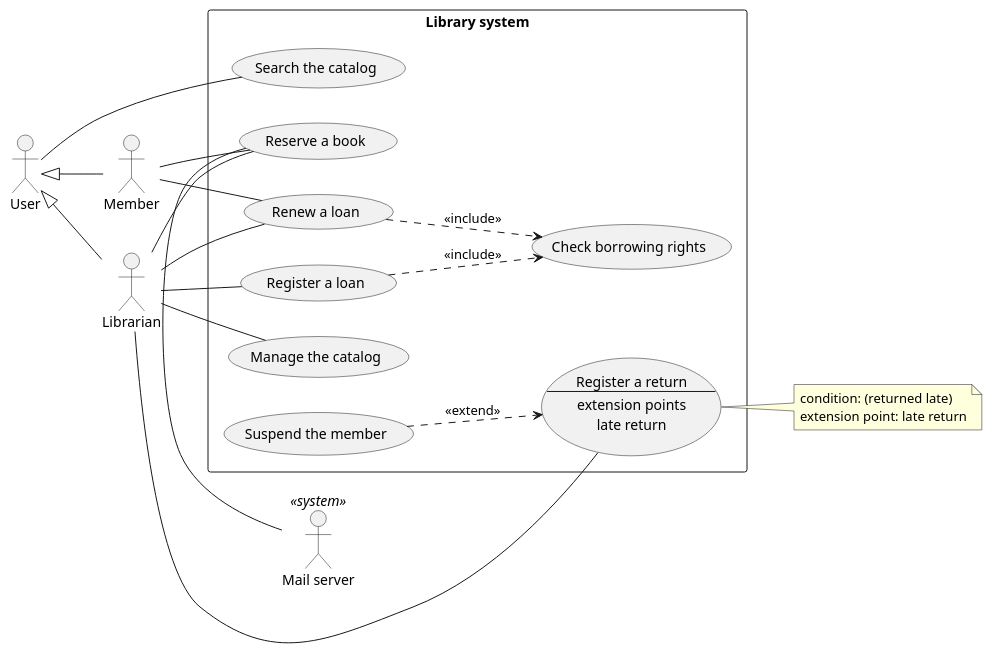
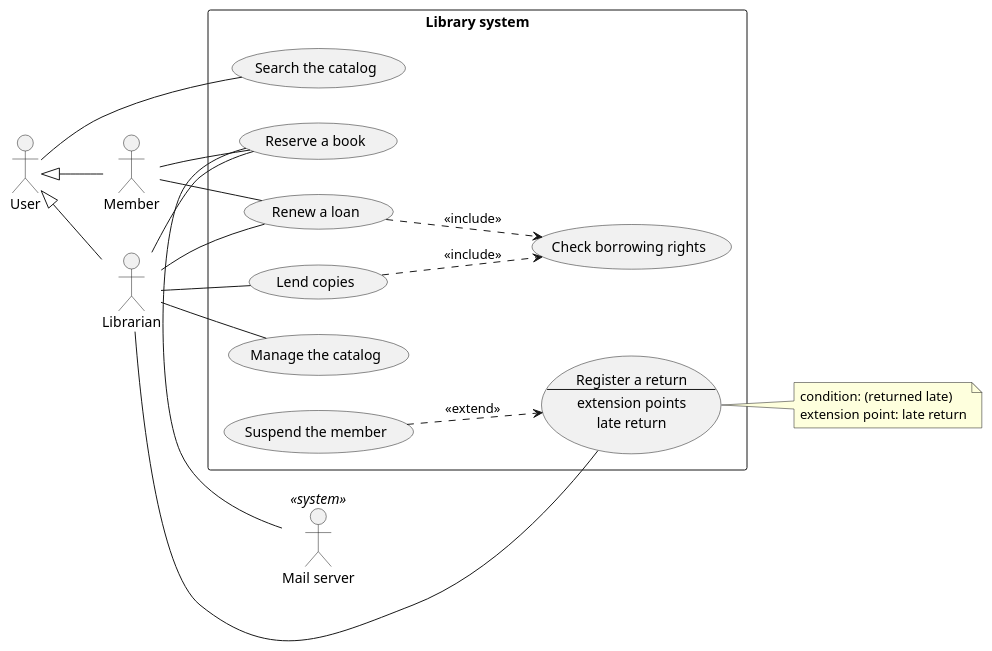
Before and after one commit to abderrahimbelfar/tp2-library: the diagram in docs/uml/use-cases.puml, drawn with PlantUML.

Commit message:
Rename Register a loan to Lend copies

```diff
--- a/docs/uml/use-cases.puml
+++ b/docs/uml/use-cases.puml
@@ -1,51 +1,51 @@
 @startuml
 left to right direction
 
 actor User
 actor Member
 actor Librarian
 actor "Mail server" as Mail <<system>>
 
 User <|-- Member
 User <|-- Librarian
 
 rectangle "Library system" {
 
     usecase "Search the catalog" as Search
     usecase "Reserve a book" as Reserve
     usecase "Renew a loan" as Renew
-    usecase "Register a loan" as Loan
+    usecase "Lend copies" as Loan
 
     usecase Return as "Register a return
     --
     extension points
     late return"
 
     usecase "Manage the catalog" as Manage
     usecase "Check borrowing rights" as Check
     usecase "Suspend the member" as Suspend
 
     Renew ..> Check : <<include>>
     Loan ..> Check : <<include>>
     Suspend ..> Return : <<extend>>
 }
 
 User -- Search
 
 Member -- Reserve
 Member -- Renew
 
 Librarian -- Reserve
 Librarian -- Renew
 Librarian -- Loan
 Librarian -- Return
 Librarian -- Manage
 
 Mail -right- Reserve
 
 note right of Return
     condition: (returned late)
     extension point: late return
 end note
 
 @enduml
```
